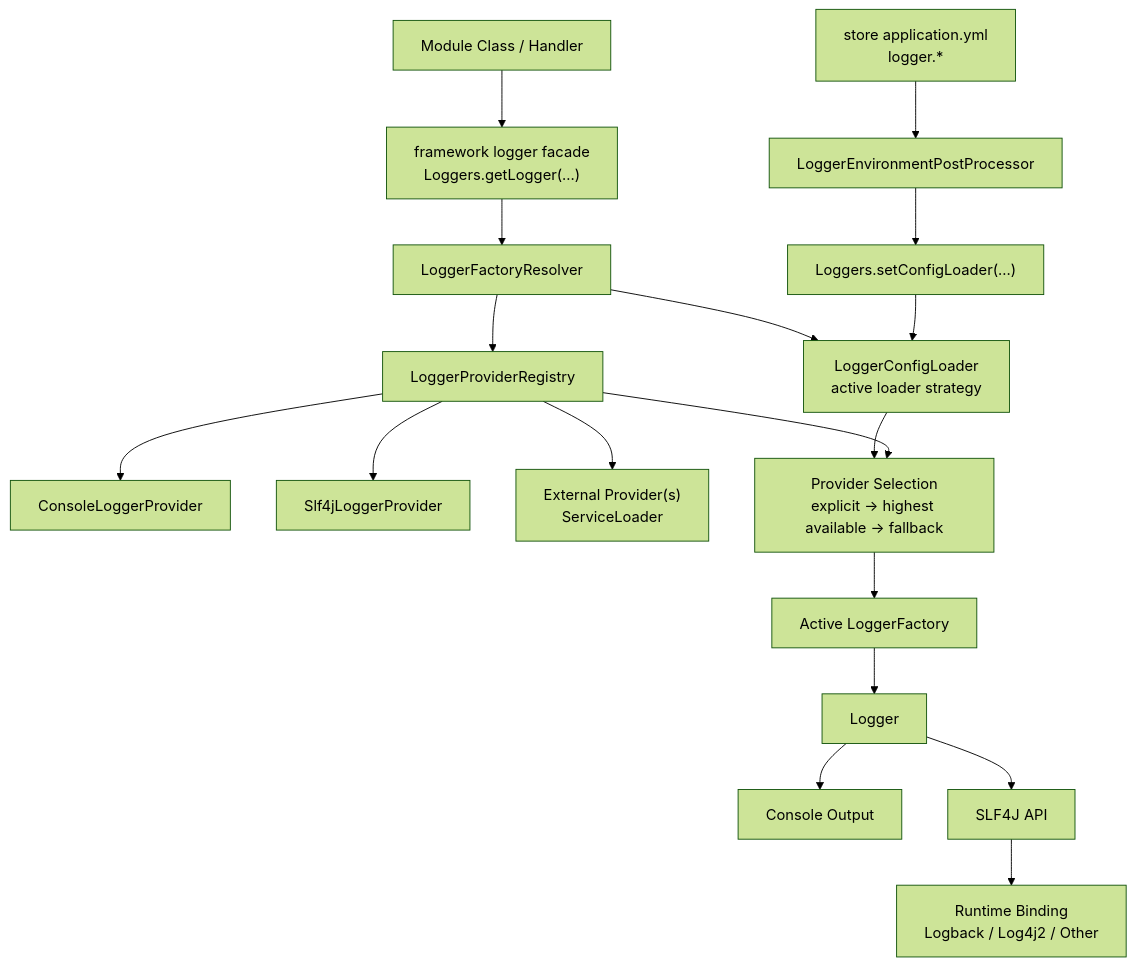
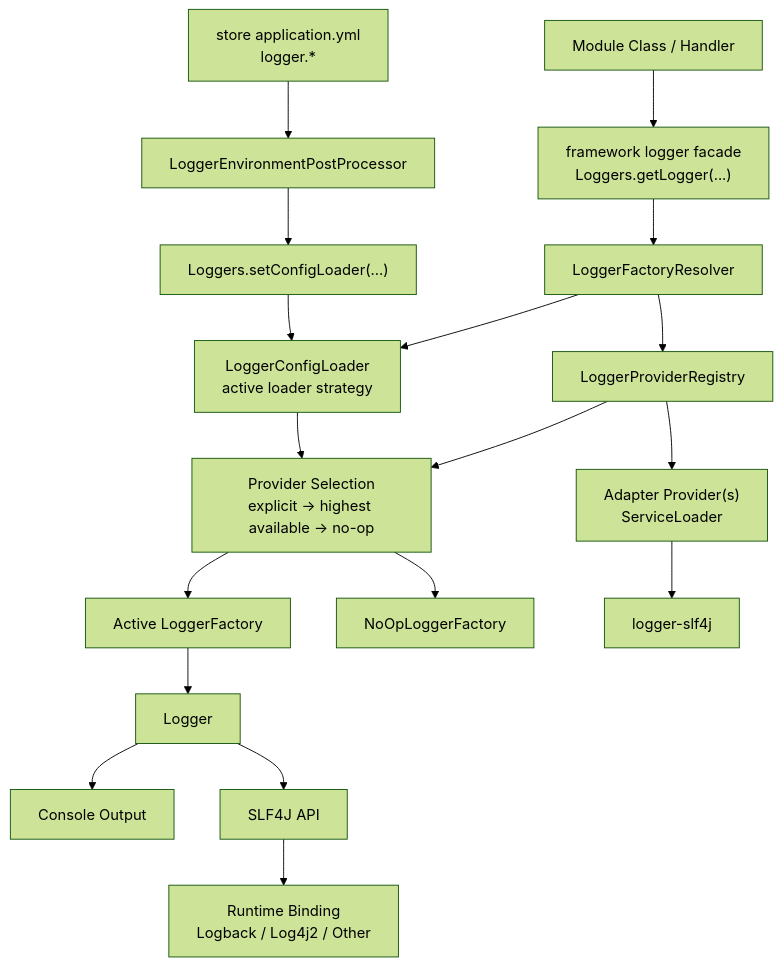
Before and after one commit to khinemyaezin/grab: the first of 3 diagrams in docs/architecture/diagrams/modular-logging-framework.md, drawn with Mermaid (forest theme). The commit also changed other lines of this file and 27 other files, not shown here.

Commit message:
feat: enhance logging framework by implementing SLF4J provider and removing console logger

````diff
--- a/docs/architecture/diagrams/modular-logging-framework.md
+++ b/docs/architecture/diagrams/modular-logging-framework.md
@@ -15,23 +15,24 @@
 ```mermaid
 flowchart TB
     SpringCfg["store application.yml<br/>logger.*"] --> PostProcessor["LoggerEnvironmentPostProcessor"]
     PostProcessor --> LoaderInstall["Loggers.setConfigLoader(...)"]
     Caller["Module Class / Handler"] --> Facade["framework logger facade<br/>Loggers.getLogger(...)"]
     Facade --> Resolver["LoggerFactoryResolver"]
     Resolver --> Config["LoggerConfigLoader<br/>active loader strategy"]
     Resolver --> Registry["LoggerProviderRegistry"]
 
-    Registry --> BuiltInConsole["ConsoleLoggerProvider"]
-    Registry --> BuiltInSlf4j["Slf4jLoggerProvider"]
-    Registry --> ServiceLoader["External Provider(s)<br/>ServiceLoader"]
+    ServiceLoader --> Slf4jModule["logger-slf4j"]
 
-    Config --> Select["Provider Selection<br/>explicit -> highest available -> fallback"]
+    Config --> Select["Provider Selection<br/>explicit -> highest available -> no-op"]
     LoaderInstall --> Config
     Registry --> Select
     Select --> ActiveFactory["Active LoggerFactory"]
+    Select --> NoOpFactory["NoOpLoggerFactory"]
     ActiveFactory --> Logger["Logger"]
 
     Logger --> ConsoleOut["Console Output"]
     Logger --> Slf4jApi["SLF4J API"]
     Slf4jApi --> Backend["Runtime Binding<br/>Logback / Log4j2 / Other"]
+    Registry --> ServiceLoader["Adapter Provider(s)<br/>ServiceLoader"]
+
 ```
````
